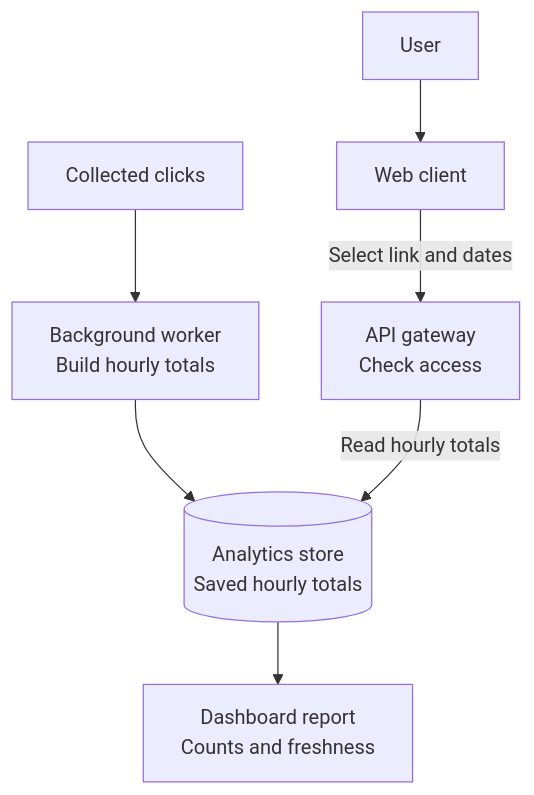
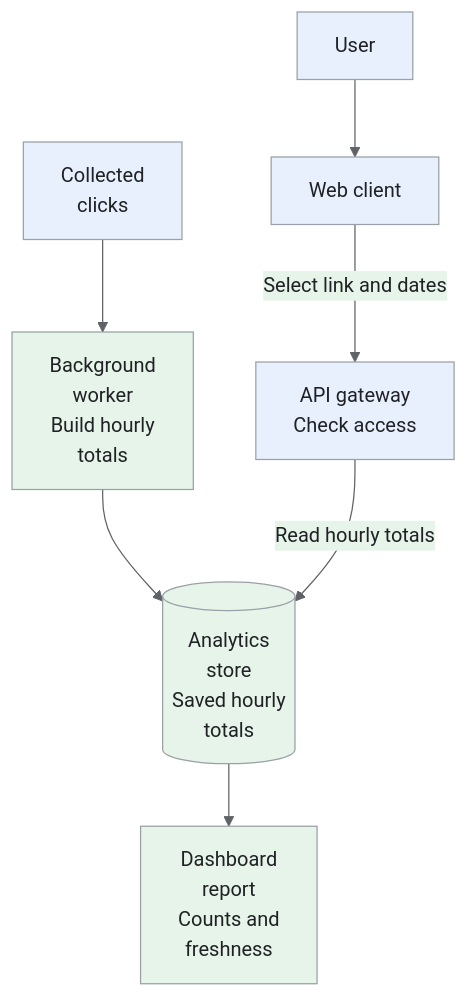
The fourth of 7 diagrams in _designs/system-design-bitly-url-shortener.md (iliazlobin/iliazlobin.github.io), drawn with Mermaid before and after one commit. The commit also changed other lines of this file and 131 other files, not shown here.

````diff
--- a/_designs/system-design-bitly-url-shortener.md
+++ b/_designs/system-design-bitly-url-shortener.md
@@ -357,11 +367,17 @@
 ```mermaid
+%%{init: {"theme":"base","themeVariables":{"primaryColor":"#e8f0fe","primaryBorderColor":"#9aa0a6","primaryTextColor":"#202124","secondaryColor":"#e6f4ea","tertiaryColor":"#fef7e0","lineColor":"#5f6368","actorBkg":"#e8f0fe","actorBorder":"#9aa0a6","actorTextColor":"#202124","noteBkgColor":"#fef7e0","noteBorderColor":"#9aa0a6","noteTextColor":"#202124","signalColor":"#5f6368","signalTextColor":"#202124"}}}%%
 flowchart TB
-    Visits["Collected clicks"]
-    Worker["Background worker<br>Build hourly totals"]
-    Totals[("Analytics store<br>Saved hourly totals")]
+    Visits["Collected<br>clicks"]
+    Worker["Background<br>worker<br>Build hourly<br>totals"]
+    Totals[("Analytics<br>store<br>Saved hourly<br>totals")]
     User["User"] --> Web["Web client"]
     Web -->|"Select link and dates"| API["API gateway<br>Check access"]
     Visits --> Worker --> Totals
     API -->|"Read hourly totals"| Totals
-    Totals --> Report["Dashboard report<br>Counts and freshness"]
+    Totals --> Report["Dashboard<br>report<br>Counts and<br>freshness"]
+  classDef request fill:#e8f0fe,stroke:#9aa0a6,color:#202124,stroke-width:1px
+  classDef background fill:#e6f4ea,stroke:#9aa0a6,color:#202124,stroke-width:1px
+  classDef control fill:#fef7e0,stroke:#9aa0a6,color:#202124,stroke-width:1px
+  class Visits,User,Web,API request
+  class Worker,Totals,Report background
 ```
````
